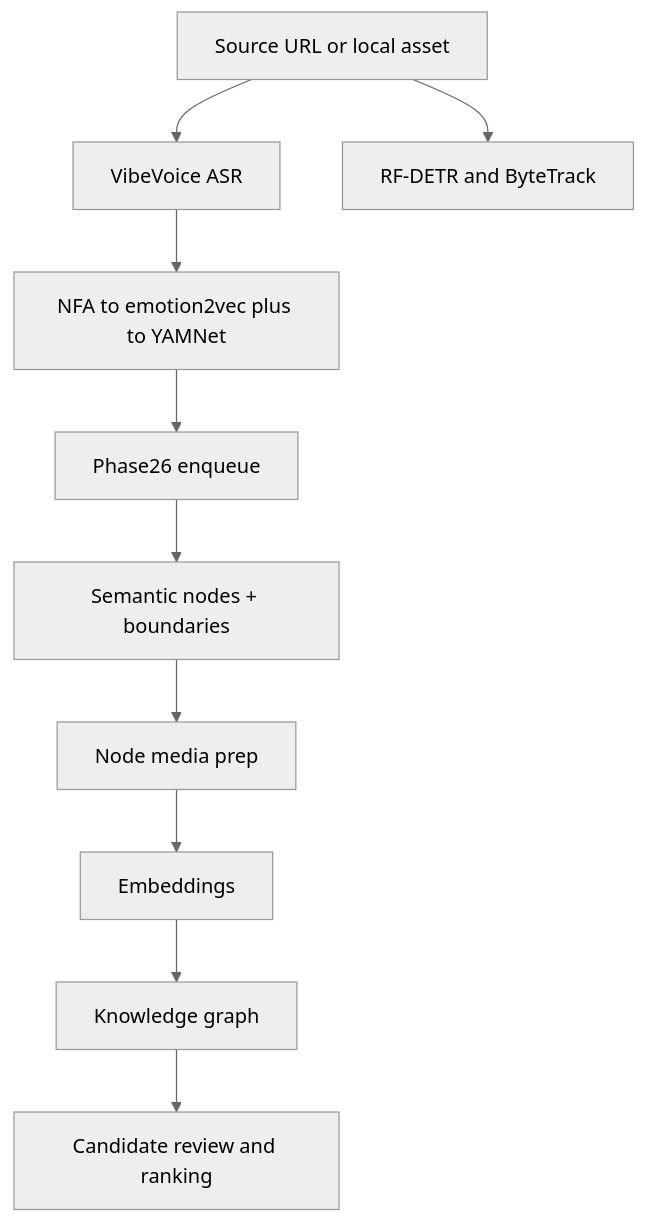
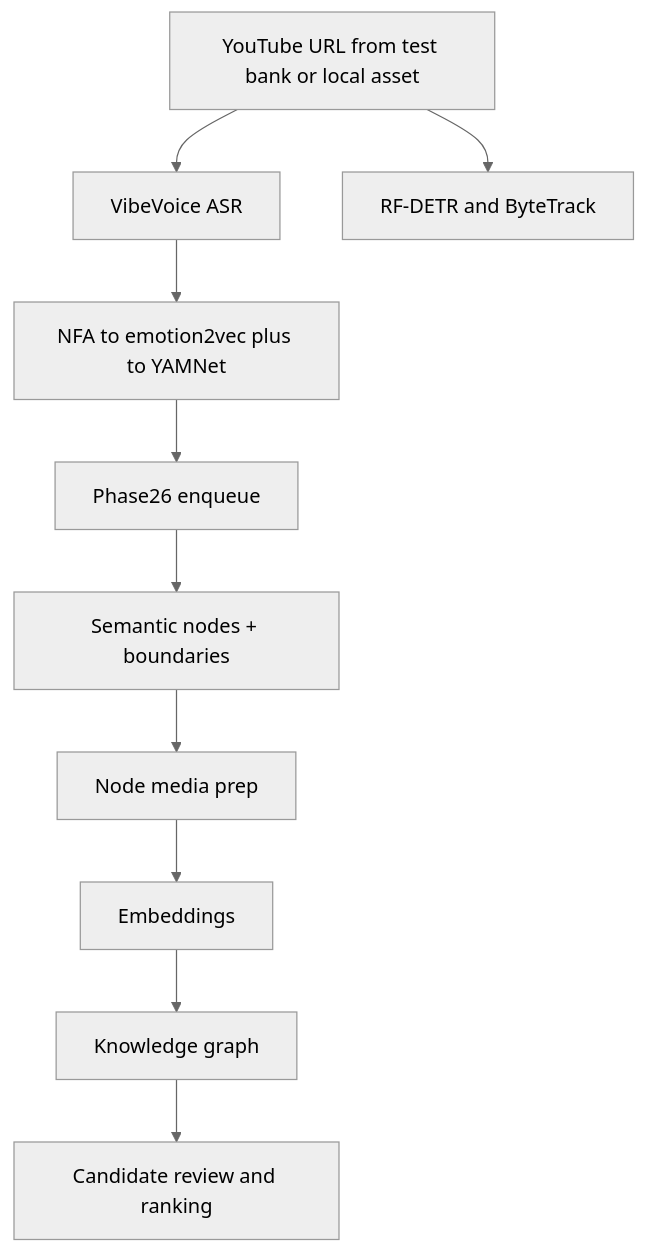
Before and after one commit to ClyptAI/Clypt-Backend: the second of 2 diagrams in README.md, drawn with Mermaid (neutral theme). The commit also changed other lines of this file and 11 other files, not shown here.

Commit message:
Clarify YouTube Data API public auth contract

````diff
--- a/README.md
+++ b/README.md
@@ -87,19 +87,19 @@
 ```mermaid
 flowchart TD
-  source["Source URL or local asset"]
+  source["YouTube URL from test bank or local asset"]
   asr["VibeVoice ASR"]
   audio["NFA to emotion2vec plus to YAMNet"]
   visual["RF-DETR and ByteTrack"]
   dispatch["Phase26 enqueue"]
   nodes["Semantic nodes + boundaries"]
   prep["Node media prep"]
   embed["Embeddings"]
   knowledgeGraph["Knowledge graph"]
   rank["Candidate review and ranking"]
 
   source --> asr
   source --> visual
   asr --> audio
   audio --> dispatch
   dispatch --> nodes --> prep --> embed --> knowledgeGraph --> rank
 ```
````
